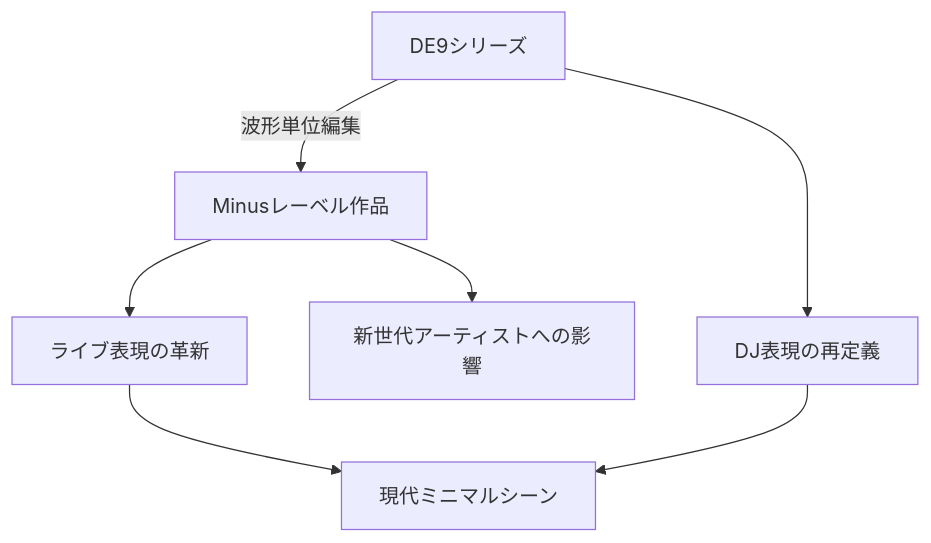
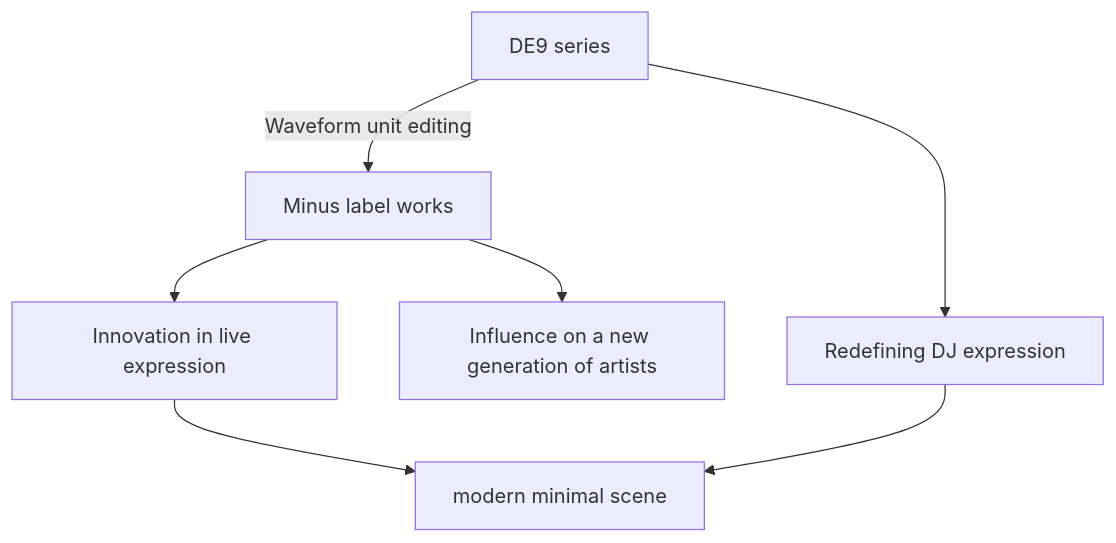
Before and after one commit to monumental-movement/monumental-movement.github.io: the seventh of 7 diagrams in en/_posts/2025-10-24-column-plastikman-richie-hawtin.md, drawn with Mermaid. The commit also changed other lines of this file and 152 other files, not shown here.

```diff
--- a/en/_posts/2025-10-24-column-plastikman-richie-hawtin.md
+++ b/en/_posts/2025-10-24-column-plastikman-richie-hawtin.md
@@ -315,11 +315,11 @@
 <div class="mermaid">
 
 flowchart TD
-    A[DE9シリーズ] -->|波形単位編集| B[Minusレーベル作品]
-    B --> C[ライブ表現の革新]
-    C --> D[現代ミニマルシーン]
-    B --> E[新世代アーティストへの影響]
-    A --> F[DJ表現の再定義]
+    A[DE9 series] -->|Waveform unit editing| B[Minus label works]
+    B --> C[Innovation in live expression]
+    C --> D[modern minimal scene]
+    B --> E[Influence on a new generation of artists]
+    A --> F[Redefining DJ expression]
     F --> D
 
 </div>
```
